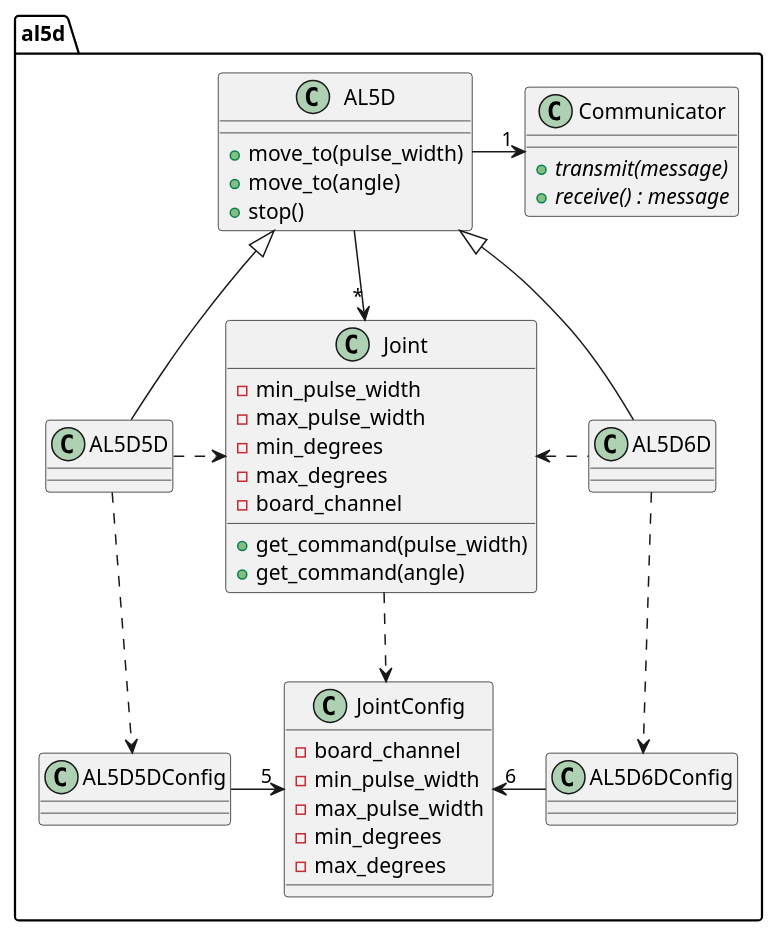
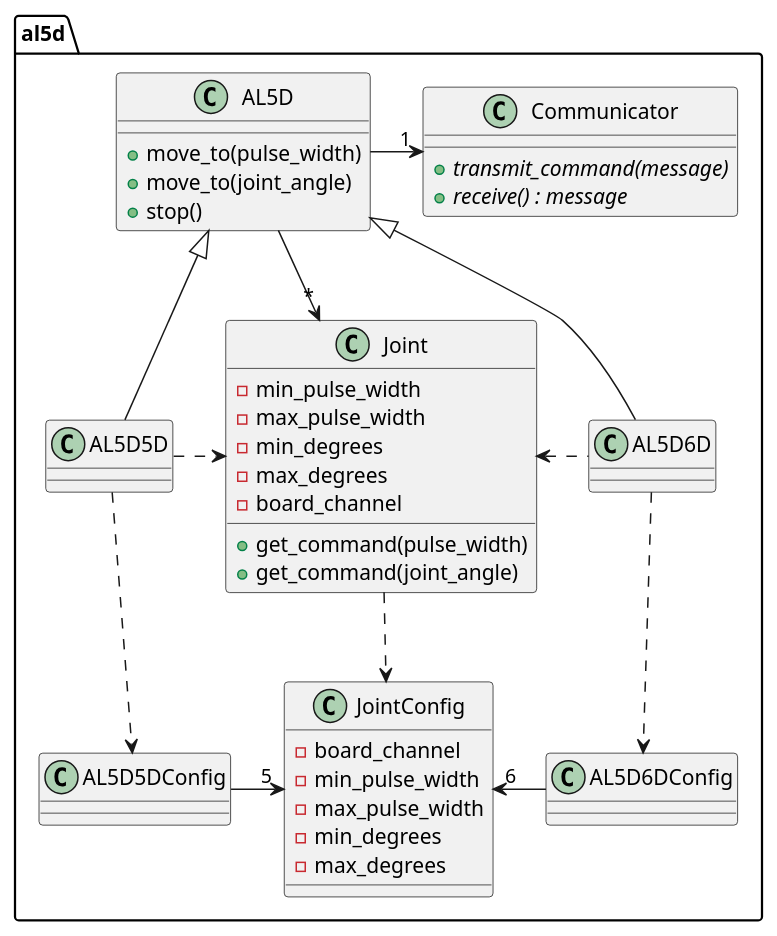
One commit to bscp/al5d_cpp changed the diagram in doc/class_design.puml. Above: the diagram before and after it, drawn with PlantUML. The commit also changed 16 other files, not shown here.

```diff
--- a/doc/class_design.puml
+++ b/doc/class_design.puml
@@ -1,46 +1,46 @@
 @startuml
 
 namespace al5d {
     class AL5D {
         + move_to(pulse_width)
-        + move_to(angle)
+        + move_to(joint_angle)
         + stop()
     }
     
     class JointConfig {
         - board_channel
         - min_pulse_width
         - max_pulse_width
         - min_degrees
         - max_degrees
     }
     
     class Communicator {
-        + //transmit(message)//
+        + //transmit_command(message)//
         + //receive() : message//
     }
     
     class Joint {
         - min_pulse_width
         - max_pulse_width
         - min_degrees
         - max_degrees
         - board_channel
         + get_command(pulse_width)
-        + get_command(angle)
+        + get_command(joint_angle)
     }
     
     AL5D -> "1" Communicator
     AL5D --> "*" Joint
     Joint ..> JointConfig
     AL5D <|-- AL5D5D
     AL5D <|-- AL5D6D
     AL5D5D ..> AL5D5DConfig
     AL5D6D ..> AL5D6DConfig
     AL5D5DConfig -> "5" JointConfig
     JointConfig "6" <- AL5D6DConfig
     Joint <. AL5D6D
     AL5D5D .> Joint
 }
 
 @enduml
```
